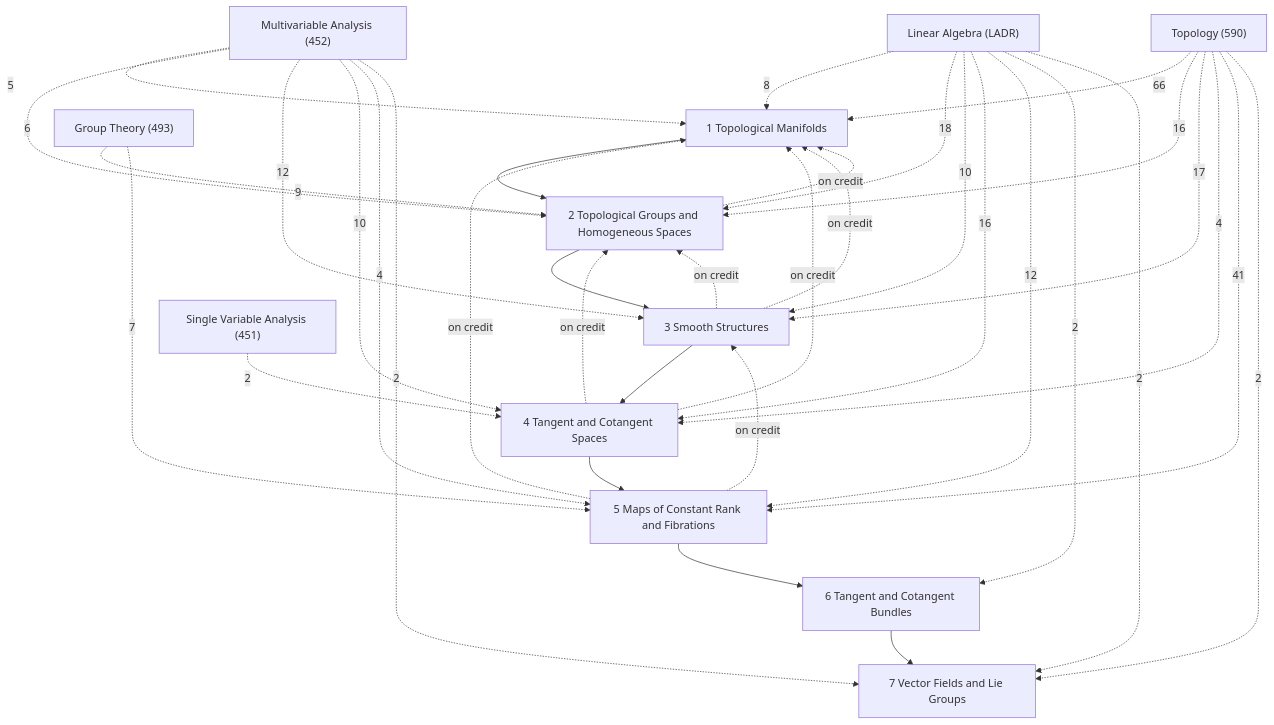
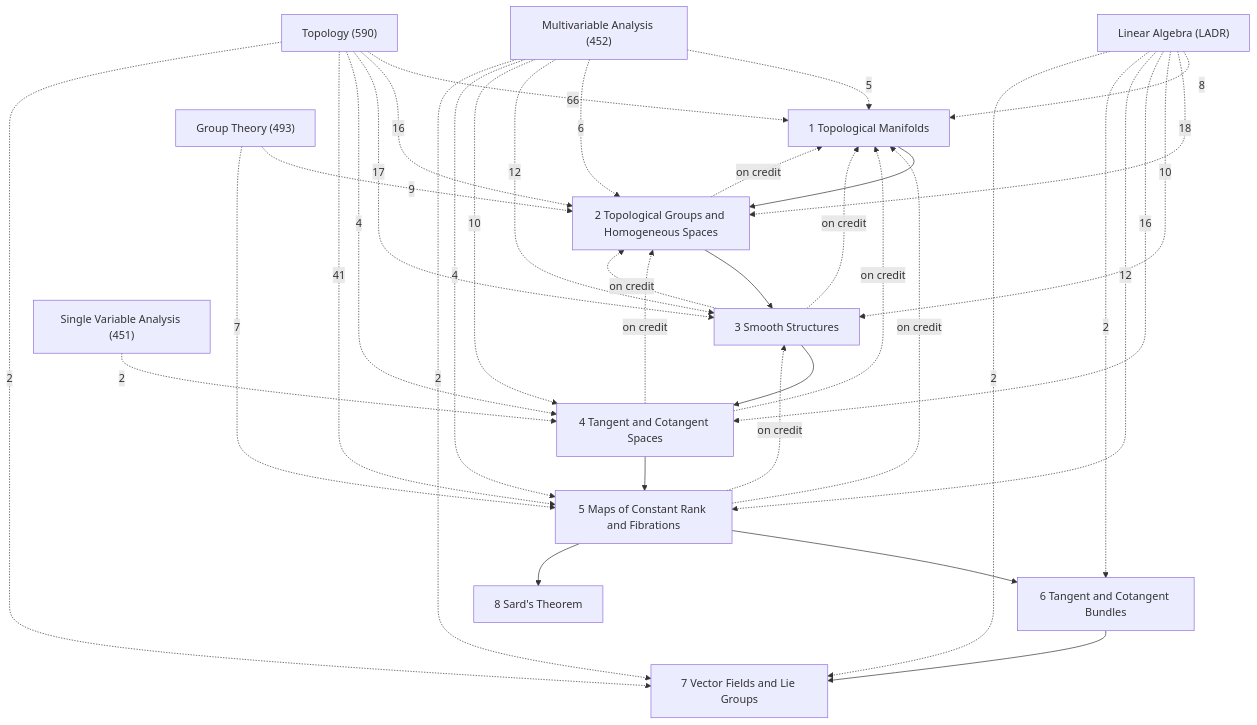
One commit to Onion20040508/notes changed the diagram in Math/Differentiable Manifolds/Differentiable Manifolds.md. Above: the diagram before and after it, drawn with Mermaid. The commit also changed other lines of this file and 34 other files, not shown here.

````diff
--- a/Math/Differentiable Manifolds/Differentiable Manifolds.md
+++ b/Math/Differentiable Manifolds/Differentiable Manifolds.md
@@ -27,50 +27,52 @@
 ```mermaid
 graph TD
   C1["1 Topological Manifolds"]
   C2["2 Topological Groups and Homogeneous Spaces"]
   C3["3 Smooth Structures"]
   C4["4 Tangent and Cotangent Spaces"]
   C5["5 Maps of Constant Rank and Fibrations"]
   C6["6 Tangent and Cotangent Bundles"]
   C7["7 Vector Fields and Lie Groups"]
+  C8["8 Sard's Theorem"]
   X1["Topology (590)"]
   X2["Multivariable Analysis (452)"]
   X3["Linear Algebra (LADR)"]
   X4["Group Theory (493)"]
   X5["Single Variable Analysis (451)"]
   C1 --> C2
   C2 --> C3
   C3 --> C4
   C4 --> C5
   C5 --> C6
+  C5 --> C8
   C6 --> C7
   C2 -.->|on credit| C1
   C3 -.->|on credit| C1
   C3 -.->|on credit| C2
   C4 -.->|on credit| C1
   C4 -.->|on credit| C2
   C5 -.->|on credit| C1
   C5 -.->|on credit| C3
   X4 -.->|9| C2
   X4 -.->|7| C5
   X3 -.->|8| C1
   X3 -.->|18| C2
   X3 -.->|10| C3
   X3 -.->|16| C4
   X3 -.->|12| C5
   X3 -.->|2| C6
   X3 -.->|2| C7
   X2 -.->|5| C1
   X2 -.->|6| C2
   X2 -.->|12| C3
   X2 -.->|10| C4
   X2 -.->|4| C5
   X2 -.->|2| C7
   X5 -.->|2| C4
   X1 -.->|66| C1
   X1 -.->|16| C2
   X1 -.->|17| C3
   X1 -.->|4| C4
   X1 -.->|41| C5
   X1 -.->|2| C7
 ```
````
